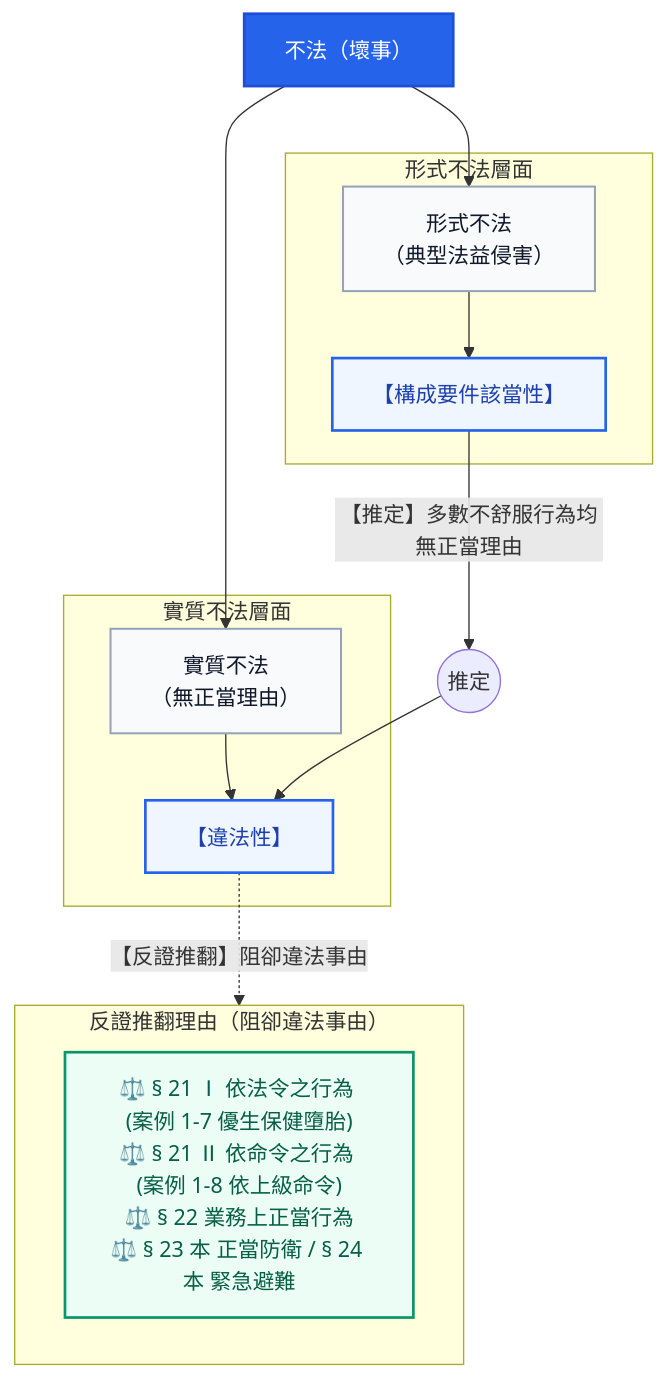
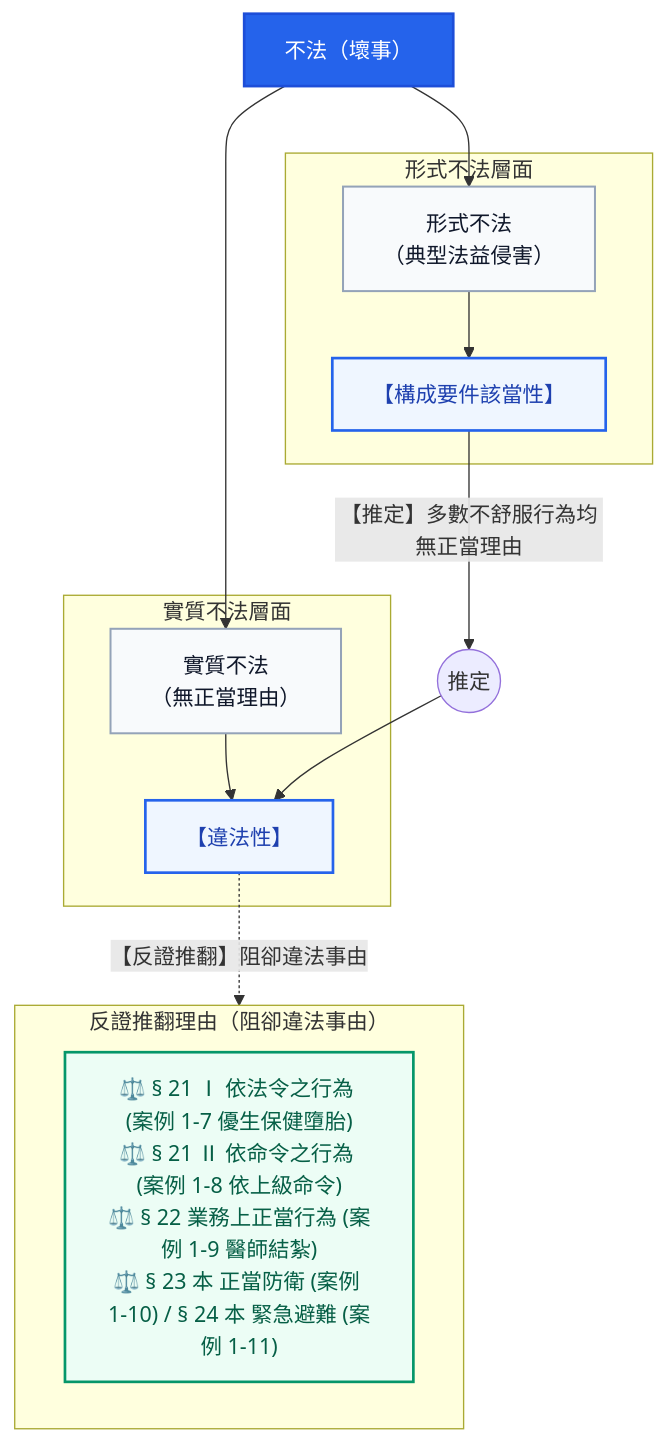
One commit to a10129800/law-note changed the fourth of 20 diagrams in CRIMINAL_LAW_VISUAL_GUIDE.md. Above: the diagram before and after it, drawn with Mermaid. The commit also changed other lines of this file and 7 other files, not shown here.

````diff
--- a/CRIMINAL_LAW_VISUAL_GUIDE.md
+++ b/CRIMINAL_LAW_VISUAL_GUIDE.md
@@ -122,29 +123,29 @@
 ```mermaid
 graph TD
     classDef titleBox fill:#2563EB,stroke:#1D4ED8,stroke-width:2px,color:#fff;
     classDef conceptBox fill:#F8FAFC,stroke:#94A3B8,stroke-width:1.5px,color:#0F172A;
     classDef lawBox fill:#EFF6FF,stroke:#2563EB,stroke-width:2px,color:#1E40AF;
     classDef defenseBox fill:#ECFDF5,stroke:#059669,stroke-width:2px,color:#065F46;
 
     Unlawful["不法（壞事）"]:::titleBox
 
     subgraph FormalUnlawful ["形式不法層面"]
         Formal["形式不法<br>（典型法益侵害）"]:::conceptBox --> TB["【構成要件該當性】"]:::lawBox
     end
 
     subgraph MaterialUnlawful ["實質不法層面"]
         Material["實質不法<br>（無正當理由）"]:::conceptBox --> RW["【違法性】"]:::lawBox
     end
 
     Unlawful --> Formal
     Unlawful --> Material
 
     TB -- "【推定】多數不舒服行為均無正當理由" --> Presume(("推定"))
     Presume --> RW
 
     RW -. "【反證推翻】阻卻違法事由" .-> DefenseList
 
     subgraph DefenseList ["反證推翻理由（阻卻違法事由）"]
-        Case17["⚖️ § 21 Ⅰ 依法令之行為 (案例 1-7 優生保健墮胎)<br>⚖️ § 21 Ⅱ 依命令之行為 (案例 1-8 依上級命令)<br>⚖️ § 22 業務上正當行為<br>⚖️ § 23 本 正當防衛 / § 24 本 緊急避難"]:::defenseBox
+        Case17["⚖️ § 21 Ⅰ 依法令之行為 (案例 1-7 優生保健墮胎)<br>⚖️ § 21 Ⅱ 依命令之行為 (案例 1-8 依上級命令)<br>⚖️ § 22 業務上正當行為 (案例 1-9 醫師結紮)<br>⚖️ § 23 本 正當防衛 (案例 1-10) / § 24 本 緊急避難 (案例 1-11)"]:::defenseBox
     end
 ```
````
